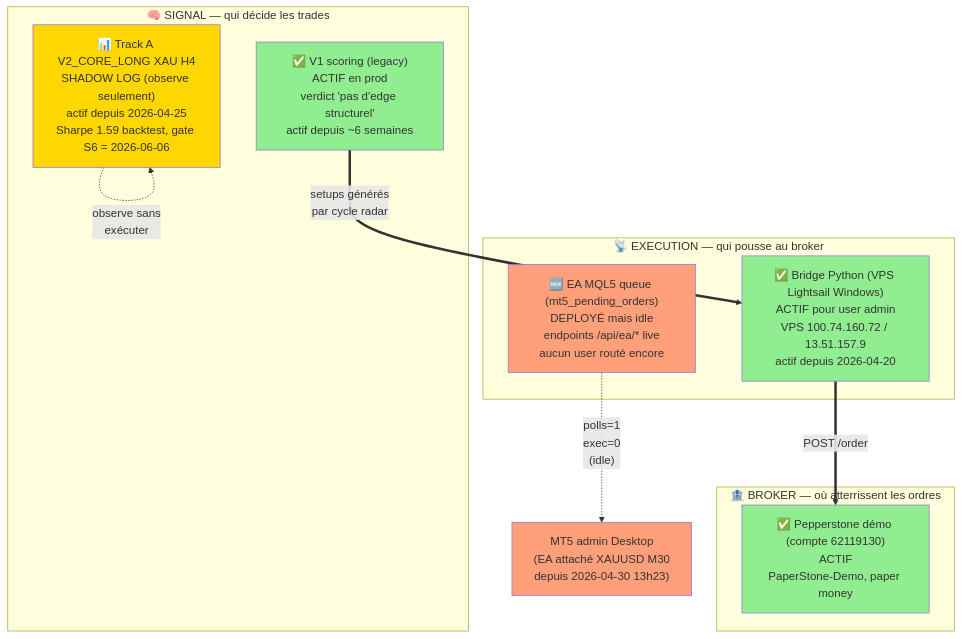
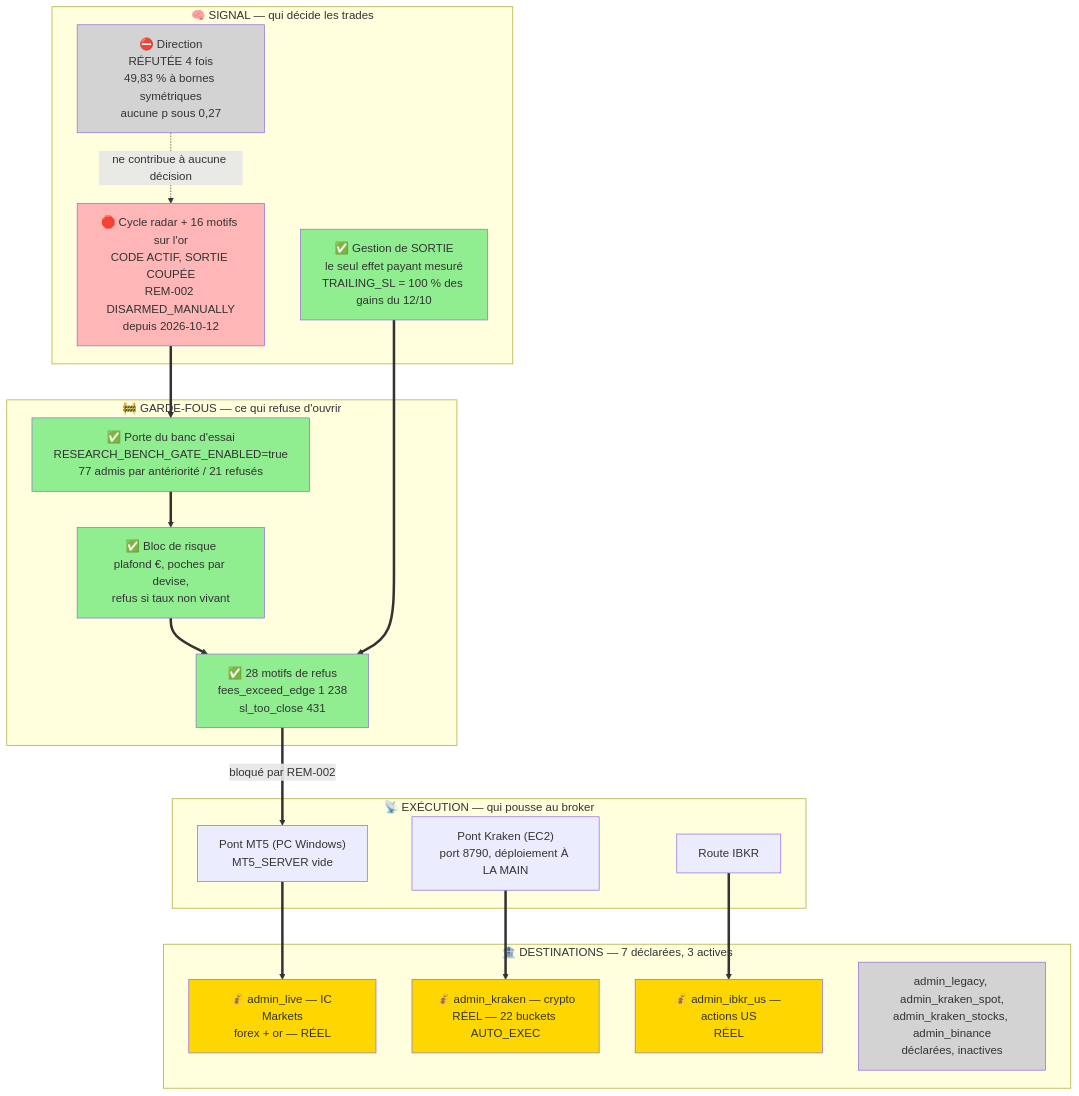
One commit to xav916/scalping changed the diagram in docs/architecture-current-state.md. Above: the diagram before and after it, drawn with Mermaid. The commit also changed other lines of this file and 1 other file, not shown here.

First line of the commit message:
docs: CLAUDE.md et l'etat d'architecture decrivent le systeme d'AUJOURD'HUI (G-1)

````diff
--- a/docs/architecture-current-state.md
+++ b/docs/architecture-current-state.md
@@ -18,29 +26,48 @@
 ```mermaid
 flowchart TB
     subgraph SIGNAL["🧠 SIGNAL — qui décide les trades"]
-        V1["✅ V1 scoring (legacy)<br/>ACTIF en prod<br/>verdict 'pas d'edge structurel'<br/>actif depuis ~6 semaines"]
-        TRACKA["📊 Track A V2_CORE_LONG XAU H4<br/>SHADOW LOG (observe seulement)<br/>actif depuis 2026-04-25<br/>Sharpe 1.59 backtest, gate S6 = 2026-06-06"]
+        RADAR["🛑 Cycle radar + 16 motifs sur l'or<br/>CODE ACTIF, SORTIE COUPÉE<br/>REM-002 DISARMED_MANUALLY<br/>depuis 2026-10-12"]
+        DIR["⛔ Direction<br/>RÉFUTÉE 4 fois<br/>49,83 % à bornes symétriques<br/>aucune p sous 0,27"]
+        SORTIE["✅ Gestion de SORTIE<br/>le seul effet payant mesuré<br/>TRAILING_SL = 100 % des gains du 12/10"]
     end
 
-    subgraph EXEC["📡 EXECUTION — qui pousse au broker"]
-        BRIDGE["✅ Bridge Python (VPS Lightsail Windows)<br/>ACTIF pour user admin<br/>VPS 100.74.160.72 / 13.51.157.9<br/>actif depuis 2026-04-20"]
-        EAQUEUE["🆕 EA MQL5 queue (mt5_pending_orders)<br/>DEPLOYÉ mais idle<br/>endpoints /api/ea/* live<br/>aucun user routé encore"]
+    subgraph GARDE["🚧 GARDE-FOUS — ce qui refuse d'ouvrir"]
+        BANC["✅ Porte du banc d'essai<br/>RESEARCH_BENCH_GATE_ENABLED=true<br/>77 admis par antériorité / 21 refusés"]
+        RISQUE["✅ Bloc de risque<br/>plafond €, poches par devise,<br/>refus si taux non vivant"]
+        MOTIFS["✅ 28 motifs de refus<br/>fees_exceed_edge 1 238<br/>sl_too_close 431"]
     end
 
-    subgraph BROKER["🏦 BROKER — où atterrissent les ordres"]
-        PEPPER["✅ Pepperstone démo (compte 62119130)<br/>ACTIF<br/>PaperStone-Demo, paper money"]
+    subgraph EXEC["📡 EXÉCUTION — qui pousse au broker"]
+        MT5["Pont MT5 (PC Windows)<br/>MT5_SERVER vide"]
+        KRAKEN["Pont Kraken (EC2)<br/>port 8790, déploiement À LA MAIN"]
+        IBKR["Route IBKR"]
     end
 
-    V1 ==>|"setups générés<br/>par cycle radar"| BRIDGE
-    BRIDGE ==>|"POST /order"| PEPPER
-    TRACKA -.->|"observe sans<br/>exécuter"| TRACKA
+    subgraph BROKER["🏦 DESTINATIONS — 7 déclarées, 3 actives"]
+        LIVE["💰 admin_live — IC Markets<br/>forex + or — RÉEL"]
+        KRK["💰 admin_kraken — crypto<br/>RÉEL — 22 buckets AUTO_EXEC"]
+        IB["💰 admin_ibkr_us — actions US<br/>RÉEL"]
+        DORM["admin_legacy, admin_kraken_spot,<br/>admin_kraken_stocks, admin_binance<br/>déclarées, inactives"]
+    end
 
-    EAQUEUE -.->|"polls=1<br/>exec=0<br/>(idle)"| BRIDGE_EA["MT5 admin Desktop<br/>(EA attaché XAUUSD M30<br/>depuis 2026-04-30 13h23)"]
+    RADAR ==> BANC
+    BANC ==> RISQUE
+    RISQUE ==> MOTIFS
+    MOTIFS ==>|"bloqué par REM-002"| MT5
+    MT5 ==> LIVE
+    KRAKEN ==> KRK
+    IBKR ==> IB
+    DIR -.->|"ne contribue à aucune décision"| RADAR
+    SORTIE ==> MOTIFS
 
-    style V1 fill:#90EE90
-    style BRIDGE fill:#90EE90
-    style PEPPER fill:#90EE90
-    style TRACKA fill:#FFD700
-    style EAQUEUE fill:#FFA07A
-    style BRIDGE_EA fill:#FFA07A
+    style RADAR fill:#FFB6B6
+    style DIR fill:#D3D3D3
+    style SORTIE fill:#90EE90
+    style BANC fill:#90EE90
+    style RISQUE fill:#90EE90
+    style MOTIFS fill:#90EE90
+    style LIVE fill:#FFD700
+    style KRK fill:#FFD700
+    style IB fill:#FFD700
+    style DORM fill:#D3D3D3
 ```
````
